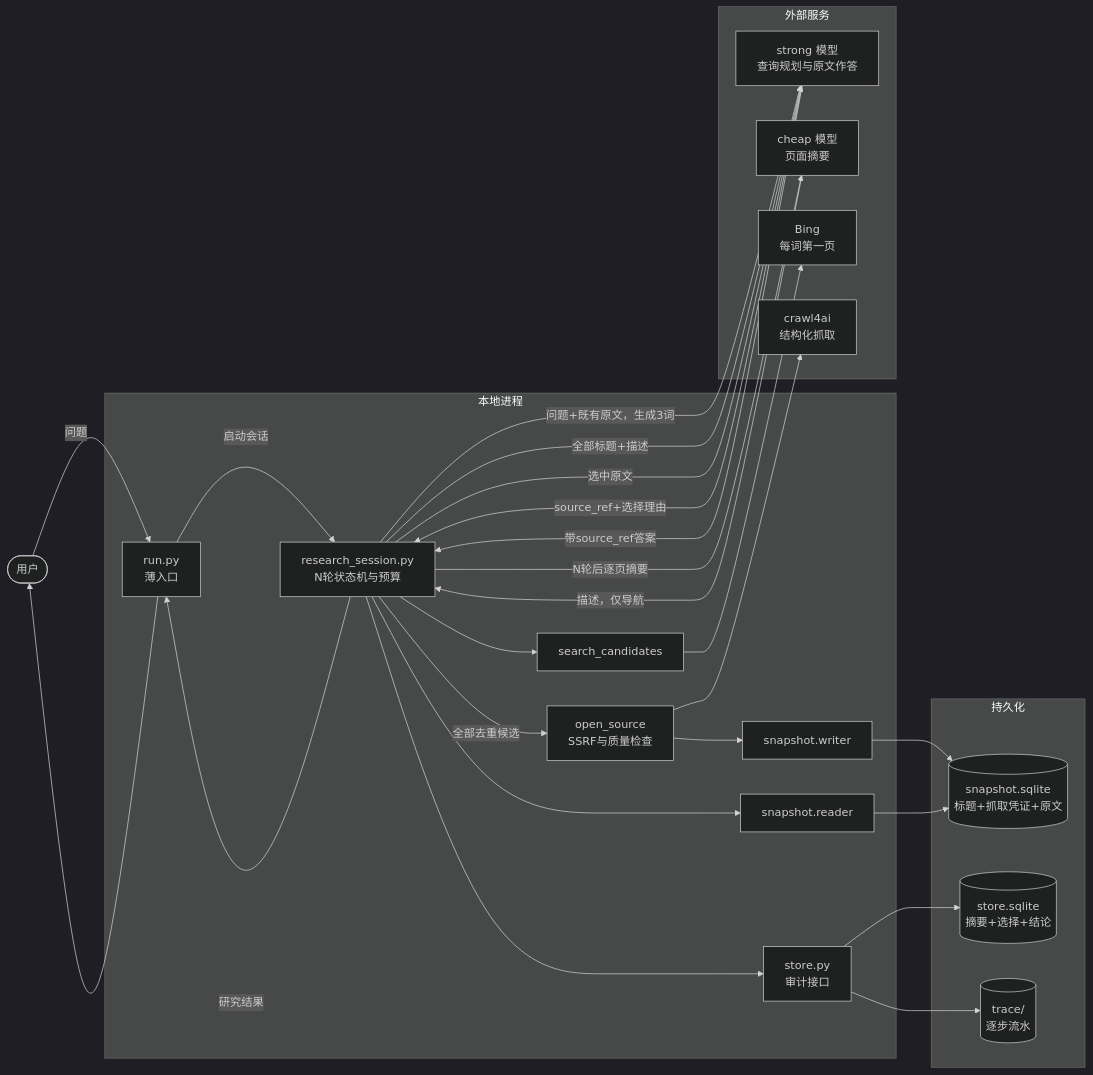
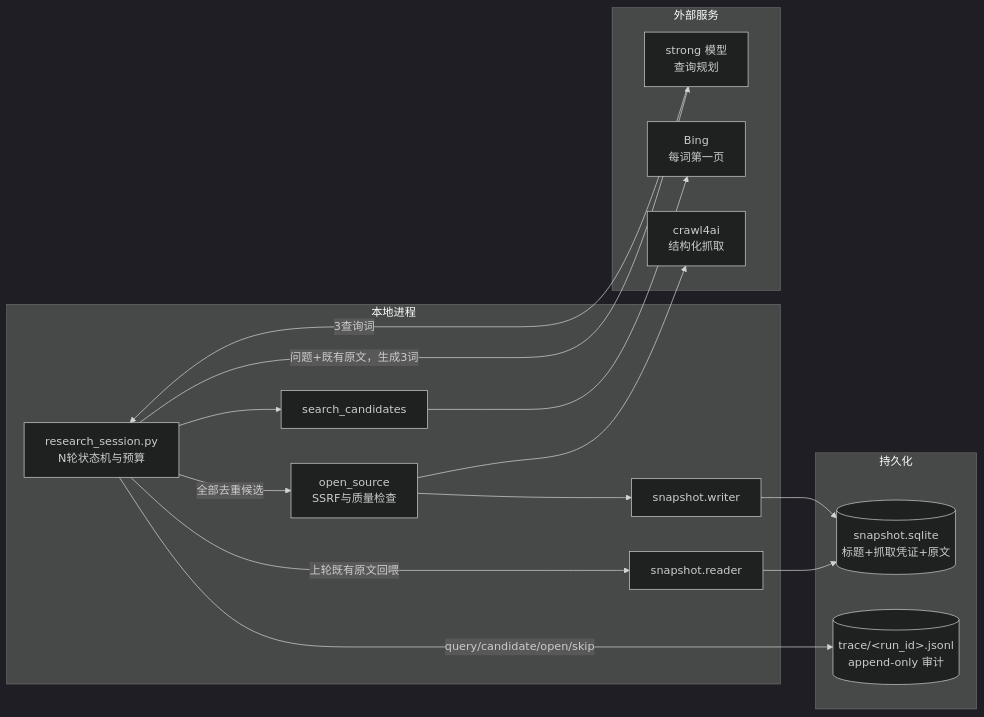
Before and after one commit to SuperCatQR/traceable-research-runtime: the second of 4 diagrams in docs/web-search-architecture.md, drawn with Mermaid (dark theme). The commit also changed other lines of this file, not shown here.

Commit message:
docs(web-search): 简化数据流 - 审计合一jsonl、去cheap改程序摘录、拆Explore/Synthesize双子图

````diff
--- a/docs/web-search-architecture.md
+++ b/docs/web-search-architecture.md
@@ -141,45 +139,29 @@
 ```mermaid
 flowchart LR
-    U([用户])
-
-    subgraph P["本地进程"]
-        R["run.py<br/>薄入口"]
+    subgraph P1["本地进程"]
         X["research_session.py<br/>N轮状态机与预算"]
         SC["search_candidates"]
         OS["open_source<br/>SSRF与质量检查"]
-        ST["store.py<br/>审计接口"]
         SW["snapshot.writer"]
-        SR["snapshot.reader"]
+        SRr["snapshot.reader"]
     end
 
-    subgraph E["外部服务"]
-        S["strong 模型<br/>查询规划与原文作答"]
-        C["cheap 模型<br/>页面摘要"]
+    subgraph E1["外部服务"]
+        S["strong 模型<br/>查询规划"]
         B["Bing<br/>每词第一页"]
         CR["crawl4ai<br/>结构化抓取"]
     end
 
-    subgraph D["持久化"]
+    subgraph D1["持久化"]
         SD[("snapshot.sqlite<br/>标题+抓取凭证+原文")]
-        AD[("store.sqlite<br/>摘要+选择+结论")]
-        TR[("trace/<br/>逐步流水")]
+        LG[("trace/&lt;run_id&gt;.jsonl<br/>append-only 审计")]
     end
 
-    U -->|问题| R
-    R -->|启动会话| X
+    X -->|上轮既有原文回喂| SRr --> SD
     X -->|问题+既有原文，生成3词| S
+    S -->|3查询词| X
     X --> SC --> B
     X -->|全部去重候选| OS --> CR
     OS --> SW --> SD
-    X --> SR --> SD
-    X -->|N轮后逐页摘要| C
-    C -->|描述，仅导航| X
-    X -->|全部标题+描述| S
-    S -->|source_ref+选择理由| X
-    X -->|选中原文| S
-    S -->|带source_ref答案| X
-    X --> ST --> AD
-    ST --> TR
-    X -->|研究结果| R
-    R --> U
+    X -->|query/candidate/open/skip| LG
 ```
````
